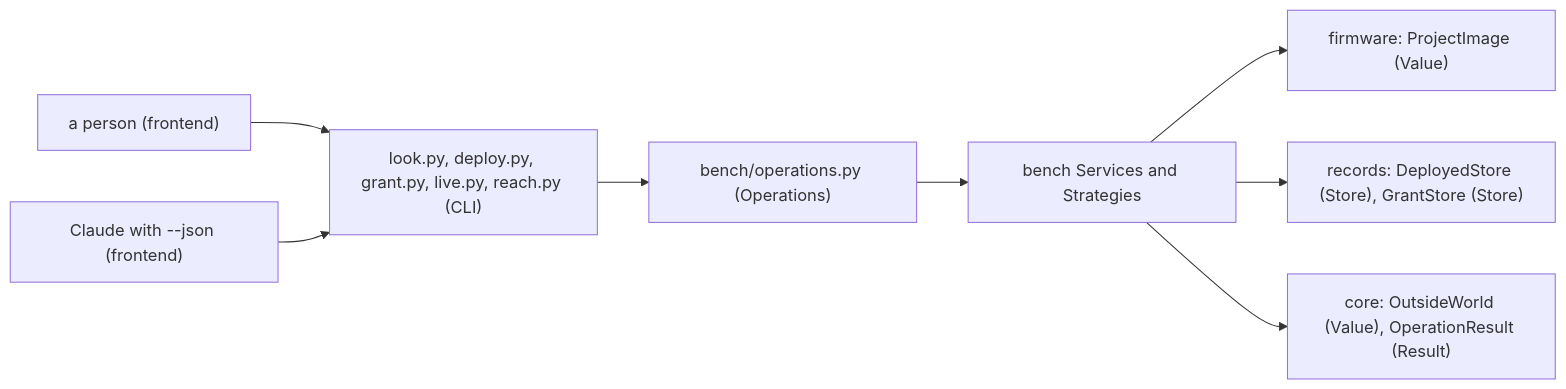
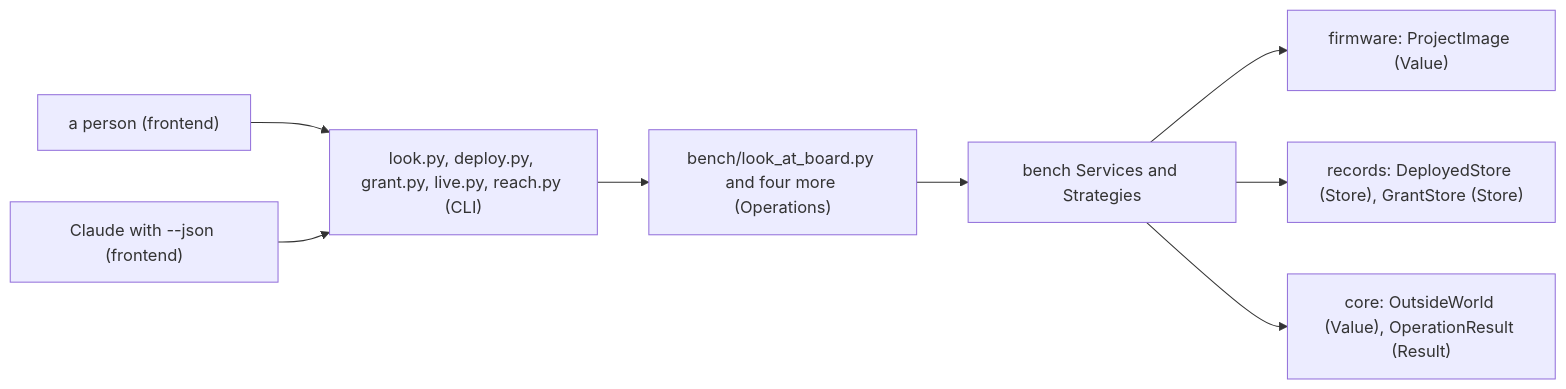
One commit to xmejkal/spark changed the second of 6 diagrams in docs/discovery/2026-10-19-p323-target-architecture/architecture/refactor-plan.md. Above: the diagram before and after it, drawn with Mermaid. The commit also changed other lines of this file and 13 other files, not shown here.

````diff
--- a/docs/discovery/2026-10-19-p323-target-architecture/architecture/refactor-plan.md
+++ b/docs/discovery/2026-10-19-p323-target-architecture/architecture/refactor-plan.md
@@ -85,10 +91,10 @@
 ```mermaid
 flowchart LR
   P["a person (frontend)"] --> CLI["look.py, deploy.py, grant.py, live.py, reach.py (CLI)"]
   C["Claude with --json (frontend)"] --> CLI
-  CLI --> OPS["bench/operations.py (Operations)"]
+  CLI --> OPS["bench/look_at_board.py and four more (Operations)"]
   OPS --> SVC["bench Services and Strategies"]
   SVC --> FW["firmware: ProjectImage (Value)"]
   SVC --> REC["records: DeployedStore (Store), GrantStore (Store)"]
   SVC --> CORE["core: OutsideWorld (Value), OperationResult (Result)"]
 ```
````
